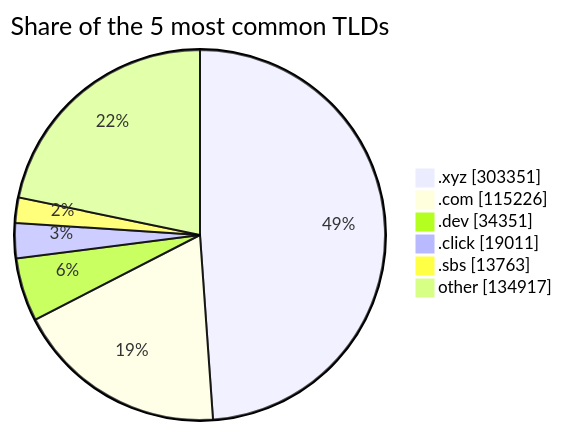
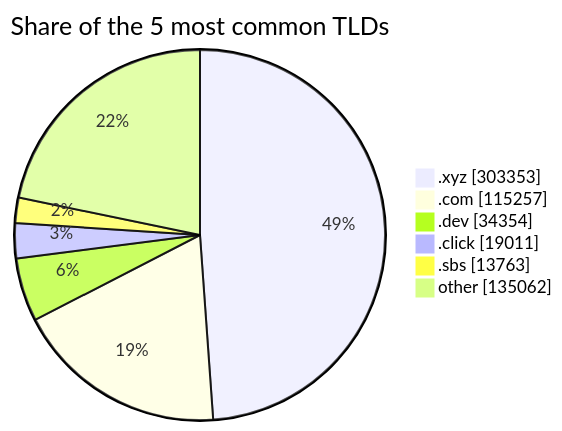
Before and after one commit to DNSBunker/CTI: the third of 3 diagrams in README.md, drawn with Mermaid. The commit also changed other lines of this file and 3 other files, not shown here.

````diff
--- a/README.md
+++ b/README.md
@@ -81,9 +81,9 @@
 ```mermaid
 pie showData title Share of the 5 most common TLDs
-    ".xyz" : 303351
-    ".com" : 115226
-    ".dev" : 34351
+    ".xyz" : 303353
+    ".com" : 115257
+    ".dev" : 34354
     ".click" : 19011
     ".sbs" : 13763
-    "other" : 134917
+    "other" : 135062
 ```
````
